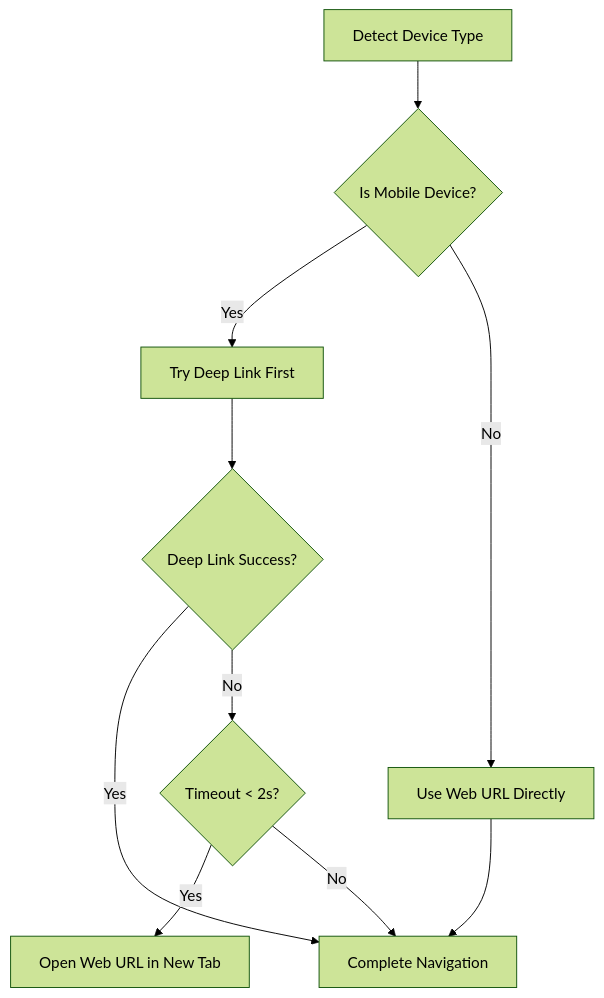
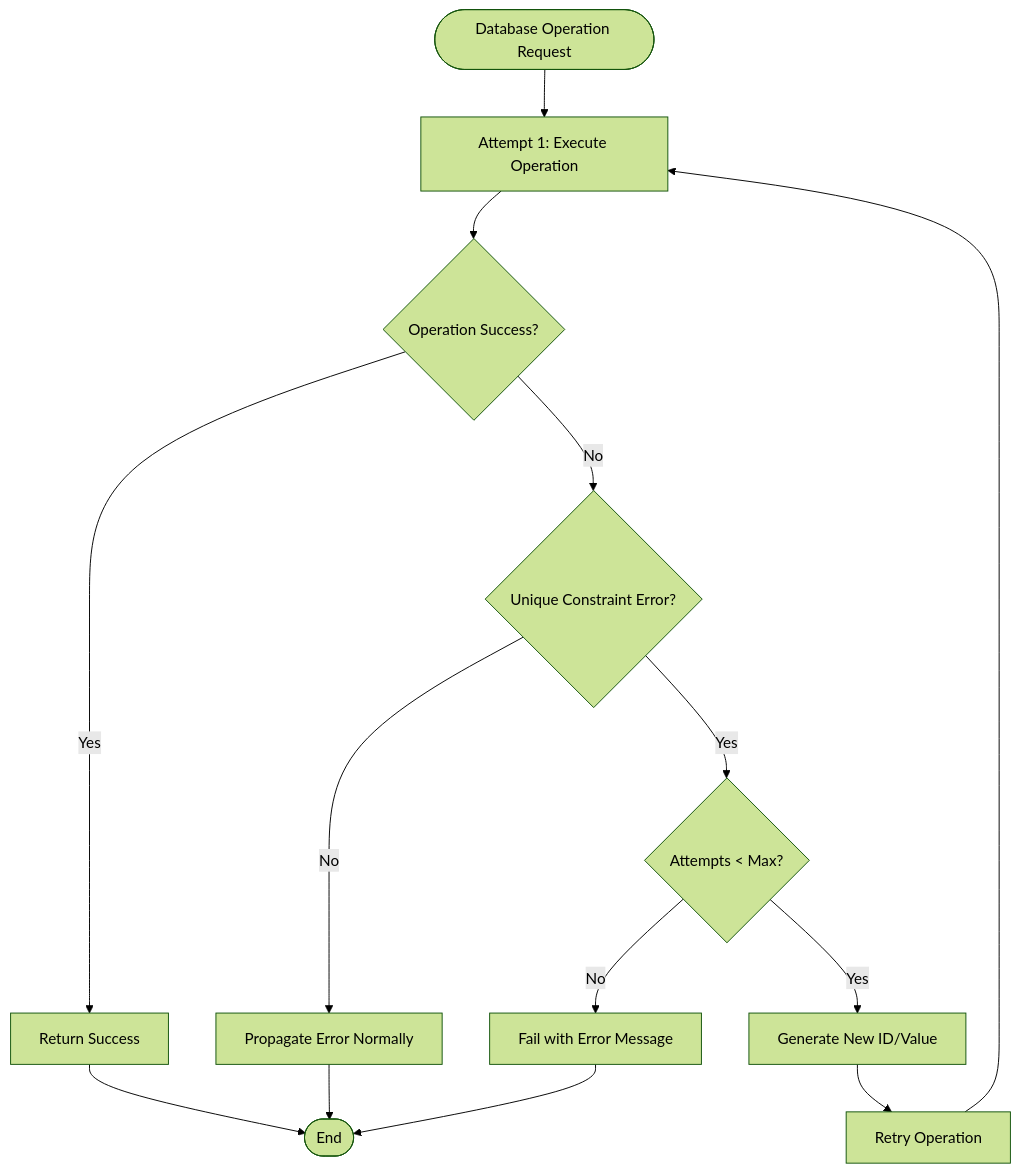
One commit to TheBooleanJulian/followtrain-v2 changed diagram 12 of 19 in .qoder/repowiki/en/content/Application Architecture.md. Above: the diagram before and after it, drawn with Mermaid (forest theme). The commit also changed other lines of this file and 202 other files, not shown here.

````diff
--- a/.qoder/repowiki/en/content/Application Architecture.md
+++ b/.qoder/repowiki/en/content/Application Architecture.md
@@ -411,12 +563,16 @@
 ```mermaid
 flowchart TD
-Detect["Detect Device Type"] --> IsMobile{"Is Mobile Device?"}
-IsMobile --> |Yes| DeepLink["Try Deep Link First"]
-IsMobile --> |No| WebURL["Use Web URL Directly"]
-DeepLink --> Success{"Deep Link Success?"}
-Success --> |Yes| Complete["Complete Navigation"]
-Success --> |No| Timeout{"Timeout < 2s?"}
-Timeout --> |Yes| Fallback["Open Web URL in New Tab"]
-Timeout --> |No| Complete
-WebURL --> Complete
+Start(["Database Operation Request"]) --> Attempt1["Attempt 1: Execute Operation"]
+Attempt1 --> CheckResult{"Operation Success?"}
+CheckResult --> |Yes| Success["Return Success"]
+CheckResult --> |No| CheckErrorType{"Unique Constraint Error?"}
+CheckErrorType --> |No| PropagateError["Propagate Error Normally"]
+CheckErrorType --> |Yes| CheckAttempts{"Attempts < Max?"}
+CheckAttempts --> |No| FailWithError["Fail with Error Message"]
+CheckAttempts --> |Yes| GenerateNewId["Generate New ID/Value"]
+GenerateNewId --> RetryAttempt["Retry Operation"]
+RetryAttempt --> Attempt1
+Success --> End(["End"])
+PropagateError --> End
+FailWithError --> End
 ```
````
